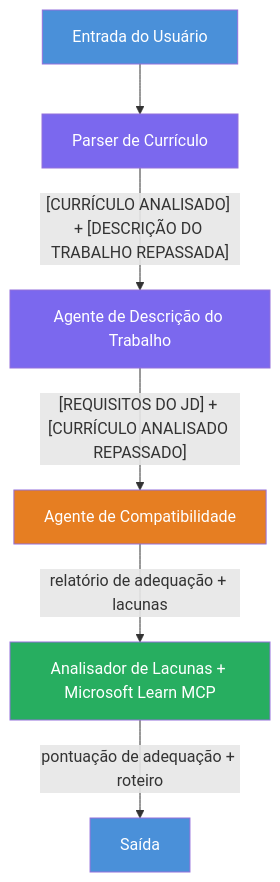
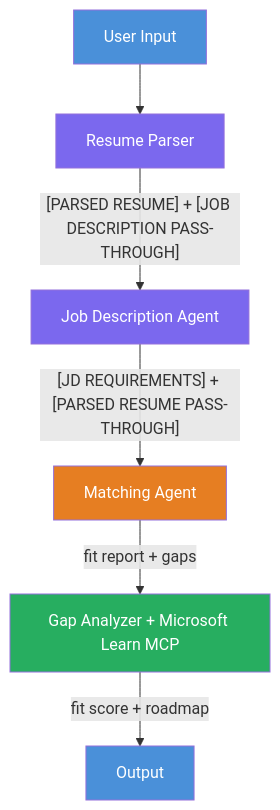
The diagram in translations/pt-BR/workshop/lab02-multi-agent/README.md (microsoft-foundry/Foundry_Toolkit_for_VSCode_Lab), drawn with Mermaid before and after one commit. The commit also changed other lines of this file and 65 other files, not shown here.

````diff
--- a/translations/pt-BR/workshop/lab02-multi-agent/README.md
+++ b/translations/pt-BR/workshop/lab02-multi-agent/README.md
@@ -13,15 +13,15 @@
 ```mermaid
 flowchart TD
-    A["Entrada do Usuário"] --> B["Parser de Currículo"]
-    B -->|"[CURRÍCULO ANALISADO] + [DESCRIÇÃO DO TRABALHO REPASSADA]"| C["Agente de Descrição do Trabalho"]
-    C -->|"[REQUISITOS DO JD] + [CURRÍCULO ANALISADO REPASSADO]"| D["Agente de Compatibilidade"]
-    D -->|relatório de adequação + lacunas| E["Analisador de Lacunas + Microsoft Learn MCP"]
-    E -->|pontuação de adequação + roteiro| F["Saída"]
+    A["User Input"] --> B["Resume Parser"]
+    B -->|"[PARSED RESUME] + [JOB DESCRIPTION PASS-THROUGH]"| C["Job Description Agent"]
+    C -->|"[JD REQUIREMENTS] + [PARSED RESUME PASS-THROUGH]"| D["Matching Agent"]
+    D -->|fit report + gaps| E["Gap Analyzer + Microsoft Learn MCP"]
+    E -->|fit score + roadmap| F["Output"]
 
     style A fill:#4A90D9,color:#fff
     style B fill:#7B68EE,color:#fff
     style C fill:#7B68EE,color:#fff
     style D fill:#E67E22,color:#fff
     style E fill:#27AE60,color:#fff
     style F fill:#4A90D9,color:#fff
 ```
````
